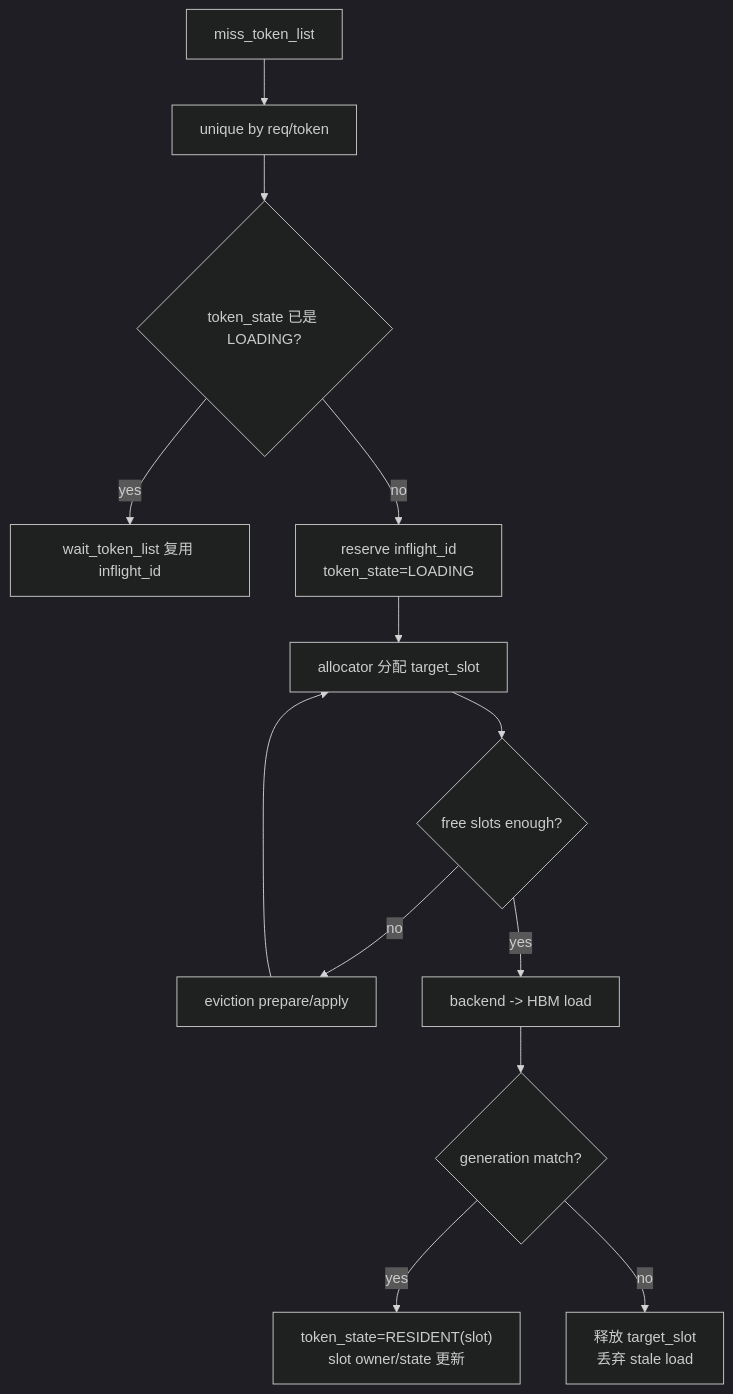
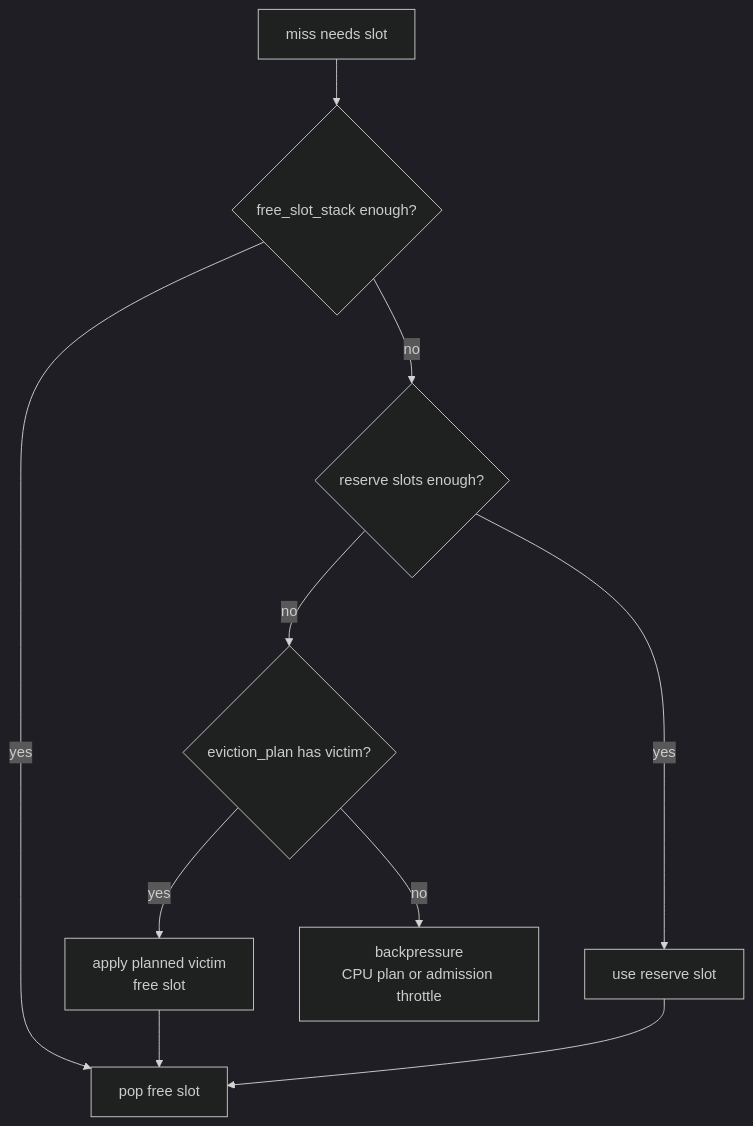
One commit to ykfnxx/ASU-Ascend changed the sixth of 8 diagrams in docs/draft/2026-06-02-npu-hbm-kvcache-management-draft.md. Above: the diagram before and after it, drawn with Mermaid (dark theme). The commit also changed other lines of this file, not shown here.

````diff
--- a/docs/draft/2026-06-02-npu-hbm-kvcache-management-draft.md
+++ b/docs/draft/2026-06-02-npu-hbm-kvcache-management-draft.md
@@ -496,15 +586,12 @@
 ```mermaid
 flowchart TB
-    A["miss_token_list"] --> B["unique by req/token"]
-    B --> C{"token_state 已是 LOADING?"}
-    C -- "yes" --> D["wait_token_list 复用 inflight_id"]
-    C -- "no" --> E["reserve inflight_id<br/>token_state=LOADING"]
-    E --> F["allocator 分配 target_slot"]
-    F --> G{"free slots enough?"}
-    G -- "no" --> H["eviction prepare/apply"]
-    H --> F
-    G -- "yes" --> I["backend -> HBM load"]
-    I --> J{"generation match?"}
-    J -- "yes" --> K["token_state=RESIDENT(slot)<br/>slot owner/state 更新"]
-    J -- "no" --> L["释放 target_slot<br/>丢弃 stale load"]
+    A["miss needs slot"] --> B{"free_slot_stack enough?"}
+    B -- "yes" --> C["pop free slot"]
+    B -- "no" --> D{"reserve slots enough?"}
+    D -- "yes" --> E["use reserve slot"]
+    D -- "no" --> F{"eviction_plan has victim?"}
+    F -- "yes" --> G["apply planned victim<br/>free slot"]
+    F -- "no" --> H["backpressure<br/>CPU plan or admission throttle"]
+    G --> C
+    E --> C
 ```
````
